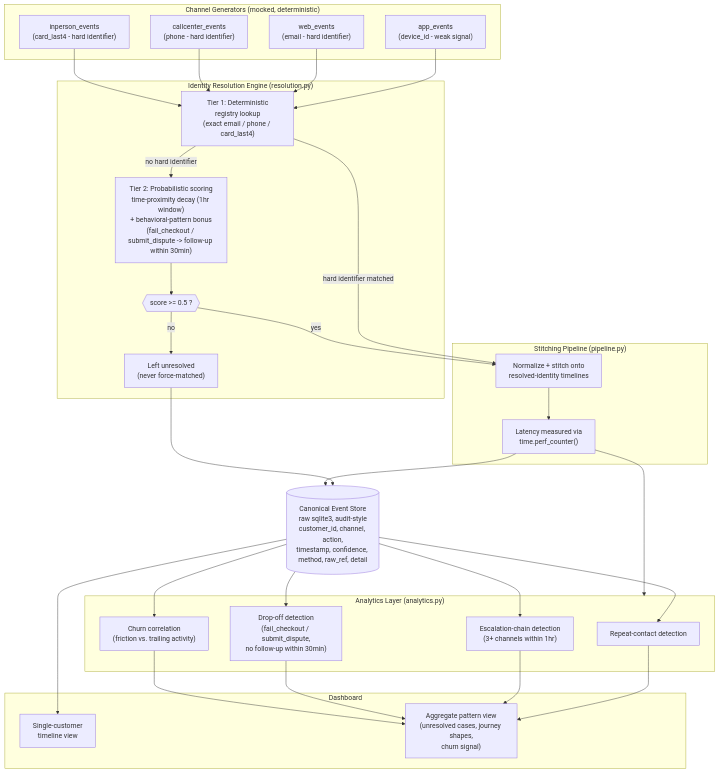
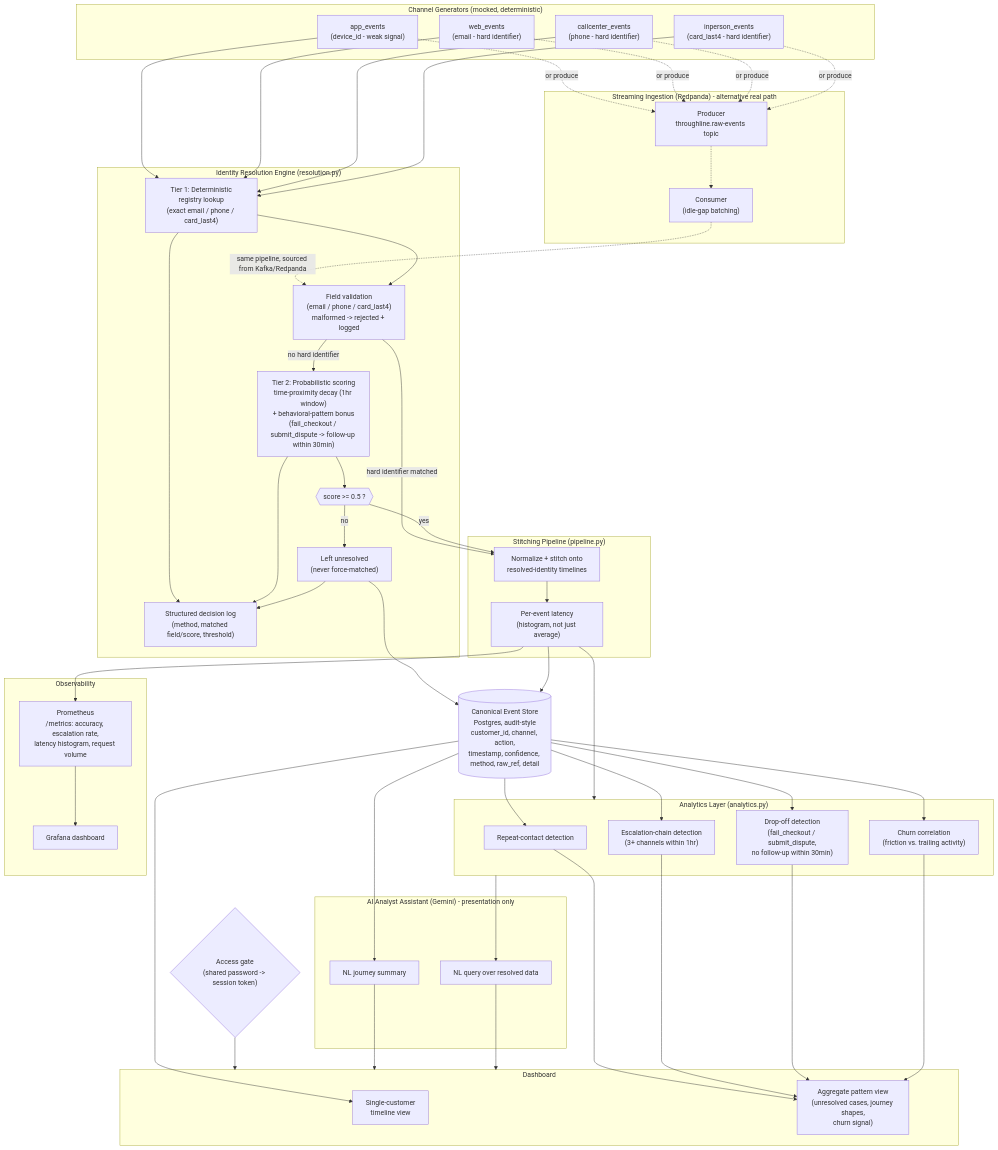
The diagram in docs/architecture.mmd (G26karthik/Throughline), drawn with Mermaid before and after one commit. The commit also changed 4 other files, not shown here.

First line of the commit message:
Update architecture diagram and Built-with/scalability language for what's actually verified working

```diff
--- a/docs/architecture.mmd
+++ b/docs/architecture.mmd
@@ -1,60 +1,99 @@
 flowchart TD
     subgraph CH["Channel Generators (mocked, deterministic)"]
         APP["app_events\n(device_id - weak signal)"]
         WEB["web_events\n(email - hard identifier)"]
         CALL["callcenter_events\n(phone - hard identifier)"]
         INP["inperson_events\n(card_last4 - hard identifier)"]
     end
 
+    subgraph STREAM["Streaming Ingestion (Redpanda) - alternative real path"]
+        PROD["Producer\nthroughline.raw-events topic"]
+        CONS["Consumer\n(idle-gap batching)"]
+    end
+
     subgraph RES["Identity Resolution Engine (resolution.py)"]
+        VALID["Field validation\n(email / phone / card_last4)\nmalformed -> rejected + logged"]
         DET["Tier 1: Deterministic\nregistry lookup\n(exact email / phone / card_last4)"]
         PROB["Tier 2: Probabilistic scoring\ntime-proximity decay (1hr window)\n+ behavioral-pattern bonus\n(fail_checkout / submit_dispute -> follow-up within 30min)"]
         THRESH{{"score >= 0.5 ?"}}
         UNRES["Left unresolved\n(never force-matched)"]
+        LOG["Structured decision log\n(method, matched field/score, threshold)"]
     end
 
     subgraph PIPE["Stitching Pipeline (pipeline.py)"]
         NORM["Normalize + stitch onto\nresolved-identity timelines"]
-        LAT["Latency measured via\ntime.perf_counter()"]
+        LAT["Per-event latency\n(histogram, not just average)"]
     end
 
-    STORE[("Canonical Event Store\nraw sqlite3, audit-style\ncustomer_id, channel, action,\ntimestamp, confidence, method, raw_ref, detail")]
+    STORE[("Canonical Event Store\nPostgres, audit-style\ncustomer_id, channel, action,\ntimestamp, confidence, method, raw_ref, detail")]
 
     subgraph ANALYTICS["Analytics Layer (analytics.py)"]
         REPEAT["Repeat-contact detection"]
         ESC["Escalation-chain detection\n(3+ channels within 1hr)"]
         DROP["Drop-off detection\n(fail_checkout / submit_dispute,\nno follow-up within 30min)"]
         CHURN["Churn correlation\n(friction vs. trailing activity)"]
     end
+
+    subgraph AI["AI Analyst Assistant (Gemini) - presentation only"]
+        SUMM["NL journey summary"]
+        NLQ["NL query over resolved data"]
+    end
+
+    subgraph OBS["Observability"]
+        PROM["Prometheus\n/metrics: accuracy, escalation rate,\nlatency histogram, request volume"]
+        GRAF["Grafana dashboard"]
+    end
+
+    GATE{"Access gate\n(shared password -> session token)"}
 
     subgraph DASH["Dashboard"]
         TIMELINE["Single-customer\ntimeline view"]
         AGGVIEW["Aggregate pattern view\n(unresolved cases, journey shapes,\nchurn signal)"]
     end
 
     APP --> DET
     WEB --> DET
     CALL --> DET
     INP --> DET
 
-    DET -->|"hard identifier matched"| NORM
-    DET -->|"no hard identifier"| PROB
+    APP -.->|"or produce"| PROD
+    WEB -.->|"or produce"| PROD
+    CALL -.->|"or produce"| PROD
+    INP -.->|"or produce"| PROD
+    PROD -.-> CONS
+    CONS -.->|"same pipeline, sourced from Kafka/Redpanda"| VALID
+
+    DET --> VALID
+    VALID -->|"hard identifier matched"| NORM
+    VALID -->|"no hard identifier"| PROB
     PROB --> THRESH
     THRESH -->|"yes"| NORM
     THRESH -->|"no"| UNRES
     UNRES --> STORE
+    DET --> LOG
+    PROB --> LOG
+    UNRES --> LOG
 
     NORM --> LAT
     LAT --> STORE
     LAT --> ANALYTICS
+    LAT --> PROM
 
     STORE --> REPEAT
     STORE --> ESC
     STORE --> DROP
     STORE --> CHURN
 
+    STORE --> SUMM
+    ANALYTICS --> NLQ
+
+    PROM --> GRAF
+
+    GATE --> DASH
     STORE --> TIMELINE
     REPEAT --> AGGVIEW
     ESC --> AGGVIEW
     DROP --> AGGVIEW
     CHURN --> AGGVIEW
+    SUMM --> DASH
+    NLQ --> DASH
```
